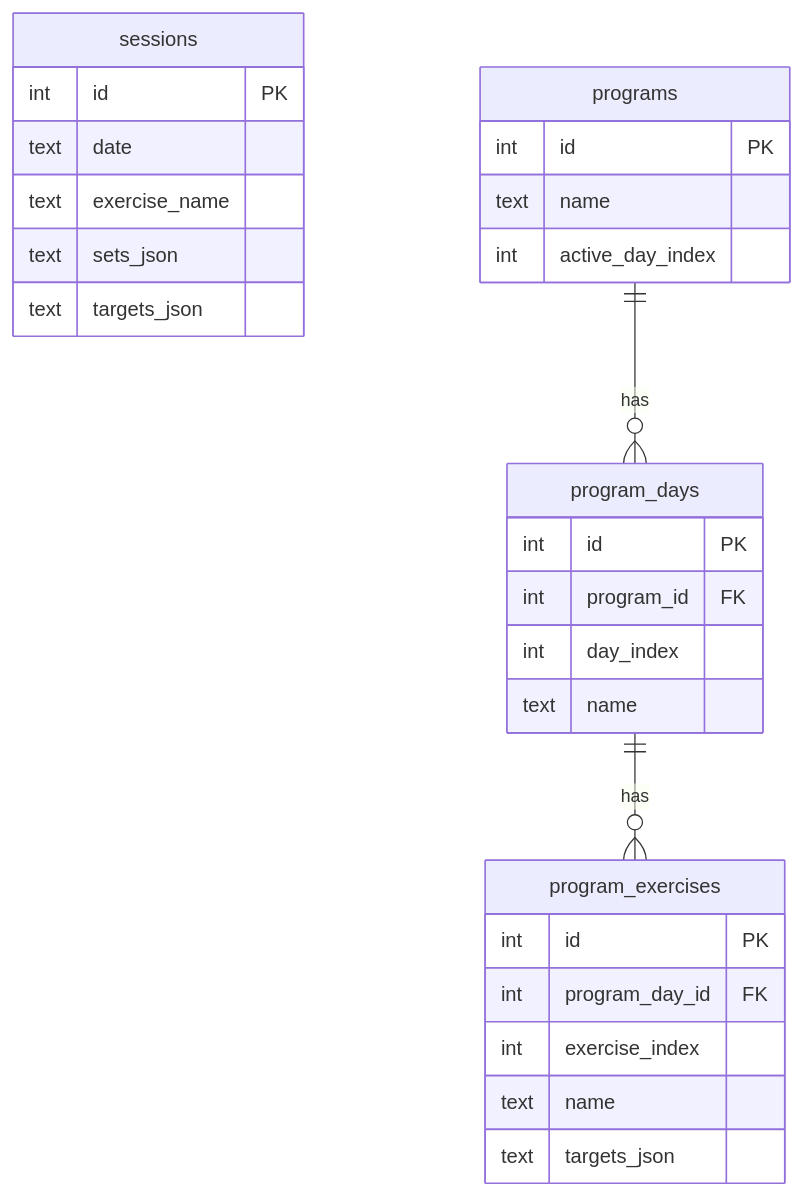
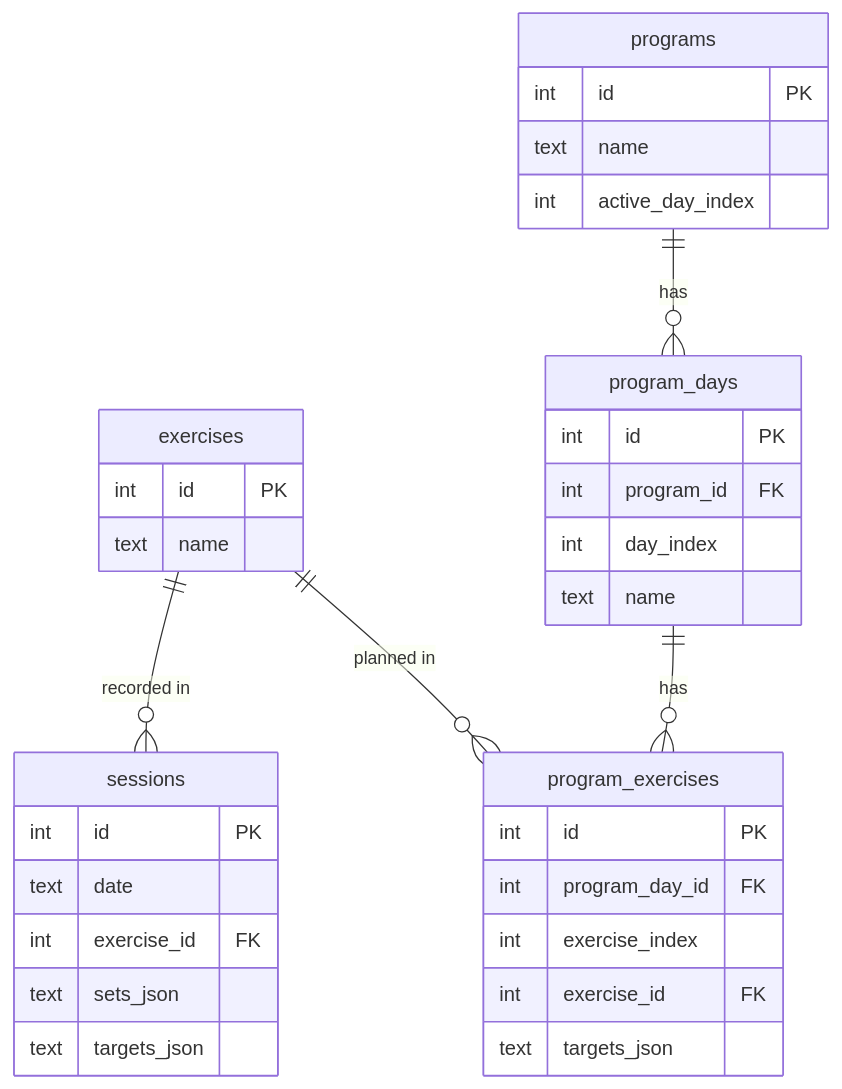
One commit to lmchoi/spuddy changed the diagram in docs/data-model.md. Above: the diagram before and after it, drawn with Mermaid. The commit also changed other lines of this file, not shown here.

Commit message:
docs: update data-model to reflect exercise centralization

````diff
--- a/docs/data-model.md
+++ b/docs/data-model.md
@@ -7,34 +7,41 @@
 ```mermaid
 erDiagram
+    exercises {
+        int     id              PK
+        text    name
+    }
+
     sessions {
         int     id              PK
         text    date
-        text    exercise_name
+        int     exercise_id     FK
         text    sets_json
         text    targets_json
     }
 
     programs {
         int     id              PK
         text    name
         int     active_day_index
     }
 
     program_days {
         int     id              PK
         int     program_id      FK
         int     day_index
         text    name
     }
 
     program_exercises {
         int     id              PK
         int     program_day_id  FK
         int     exercise_index
-        text    name
+        int     exercise_id     FK
         text    targets_json
     }
 
+    exercises      ||--o{ sessions          : "recorded in"
+    exercises      ||--o{ program_exercises : "planned in"
     programs       ||--o{ program_days      : "has"
     program_days   ||--o{ program_exercises : "has"
 ```
````
